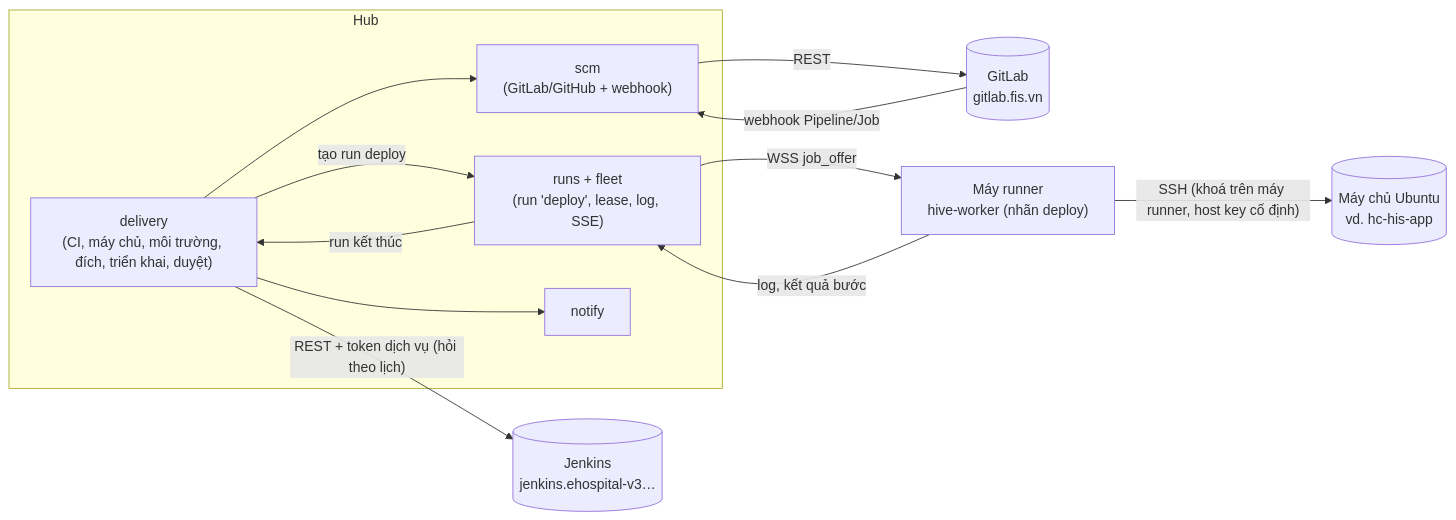
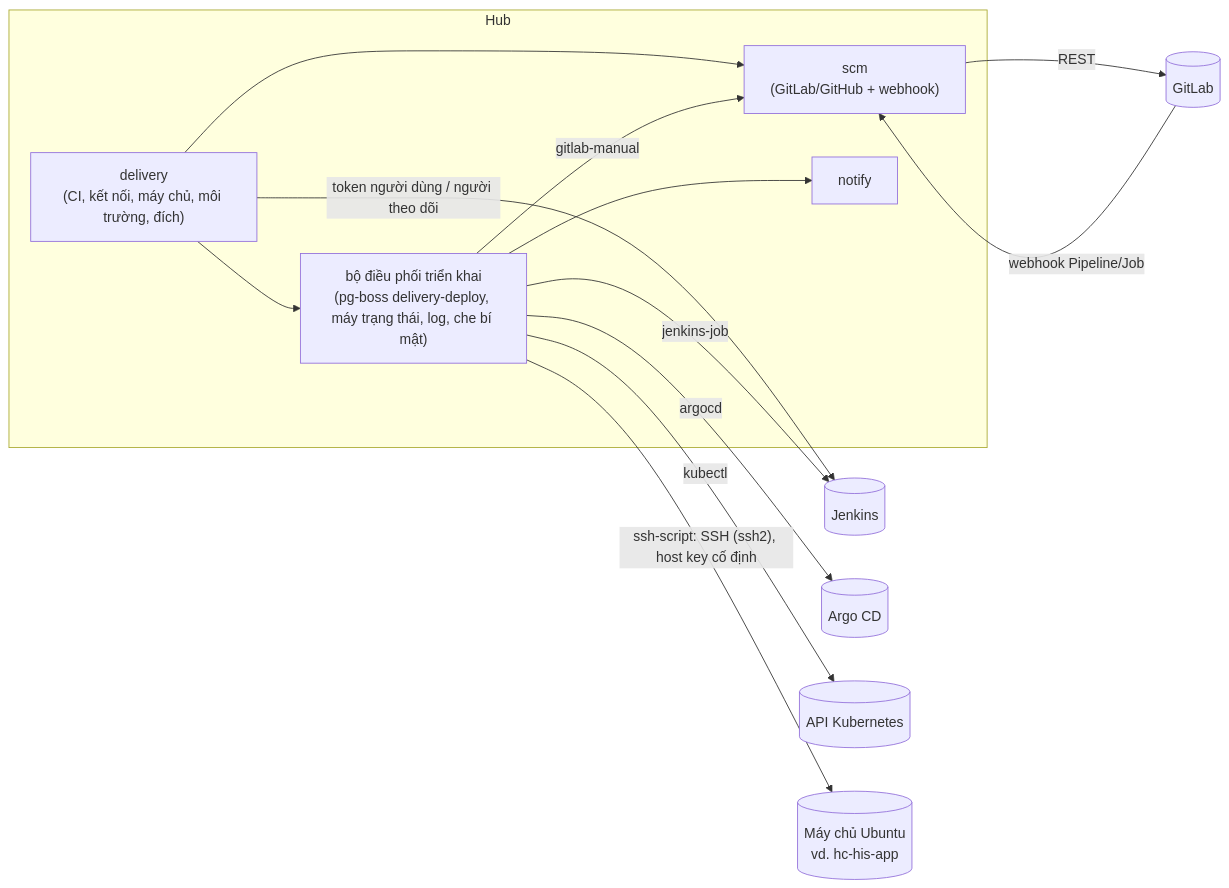
One commit to tdduydev/xdev-hive changed the diagram in specs/020-cicd-console/plan.md. Above: the diagram before and after it, drawn with Mermaid. The commit also changed other lines of this file and 1 other file, not shown here.

First line of the commit message:
docs(spec-020): record owner answers Q1-Q16 and rework the deploy design

````diff
--- a/specs/020-cicd-console/plan.md
+++ b/specs/020-cicd-console/plan.md
@@ -59,22 +58,24 @@
 ```mermaid
 flowchart LR
   subgraph Hub
-    D["delivery\n(CI, máy chủ, môi trường, đích, triển khai, duyệt)"]
+    D["delivery\n(CI, kết nối, máy chủ, môi trường, đích)"]
+    O["bộ điều phối triển khai\n(pg-boss delivery-deploy, máy trạng thái, log, che bí mật)"]
     S["scm\n(GitLab/GitHub + webhook)"]
-    R["runs + fleet\n(run 'deploy', lease, log, SSE)"]
     N["notify"]
   end
-  J[("Jenkins\njenkins.ehospital-v3…")]
-  G[("GitLab\ngitlab.fis.vn")]
-  W["Máy runner\nhive-worker (nhãn deploy)"]
+  J[("Jenkins")]
+  G[("GitLab")]
+  A[("Argo CD")]
+  K[("API Kubernetes")]
   M[("Máy chủ Ubuntu\nvd. hc-his-app")]
-  D -- "REST + token dịch vụ (hỏi theo lịch)" --> J
-  D --> S -- "REST" --> G
+  D -- "token người dùng / người theo dõi" --> J
+  D --> S -- REST --> G
   G -- "webhook Pipeline/Job" --> S
-  D -- "tạo run deploy" --> R
-  R -- "WSS job_offer" --> W
-  W -- "SSH (khoá trên máy runner, host key cố định)" --> M
-  W -- "log, kết quả bước" --> R
-  R -- "run kết thúc" --> D
-  D --> N
+  D --> O
+  O -- "ssh-script: SSH (ssh2), host key cố định" --> M
+  O -- "jenkins-job" --> J
+  O -- "gitlab-manual" --> S
+  O -- "argocd" --> A
+  O -- "kubectl" --> K
+  O --> N
 ```
````
